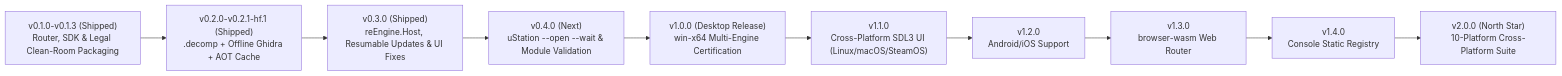
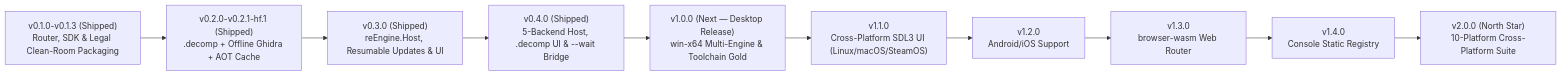
One commit to StreamItAllGit/reEngine changed the diagram in ROADMAP.md. Above: the diagram before and after it, drawn with Mermaid. The commit also changed other lines of this file and 60 other files, not shown here.

Commit message:
feat(release): v0.4.0 unified reEngine.Host GPU/input/audio, .decomp UI, and frontend bridge

````diff
--- a/ROADMAP.md
+++ b/ROADMAP.md
@@ -24,12 +24,12 @@
 ```mermaid
 flowchart LR
     V01["v0.1.0-v0.1.3 (Shipped)\nRouter, SDK & Legal Clean-Room Packaging"] --> V02["v0.2.0-v0.2.1-hf.1 (Shipped)\n.decomp + Offline Ghidra + AOT Cache"]
-    V02 --> V03["v0.3.0 (Shipped)\nreEngine.Host, Resumable Updates & UI Fixes"]
-    V03 --> V04["v0.4.0 (Next)\nuStation --open --wait & Module Validation"]
-    V04 --> V10["v1.0.0 (Desktop Release)\nwin-x64 Multi-Engine Certification"]
+    V02 --> V03["v0.3.0 (Shipped)\nreEngine.Host, Resumable Updates & UI"]
+    V03 --> V04["v0.4.0 (Shipped)\n5-Backend Host, .decomp UI & --wait Bridge"]
+    V04 --> V10["v1.0.0 (Next — Desktop Release)\nwin-x64 Multi-Engine & Toolchain Gold"]
     V10 --> V11["v1.1.0\nCross-Platform SDL3 UI (Linux/macOS/SteamOS)"]
     V11 --> V12["v1.2.0\nAndroid/iOS Support"]
     V12 --> V13["v1.3.0\nbrowser-wasm Web Router"]
     V13 --> V14["v1.4.0\nConsole Static Registry"]
     V14 --> V20["v2.0.0 (North Star)\n10-Platform Cross-Platform Suite"]
 ```
````
